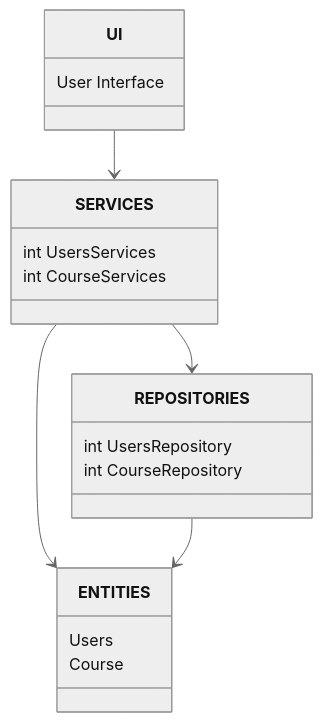
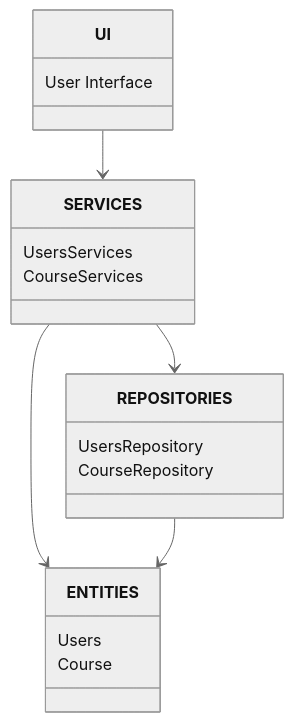
Before and after one commit to hhuuskon/ohte-harjoitustyo: the first of 6 diagrams in SeuraaOpintojasi/dokumentaatio/arkkitehtuurikuvaus.md, drawn with Mermaid (neutral theme). The commit also changed other lines of this file, not shown here.

````diff
--- a/SeuraaOpintojasi/dokumentaatio/arkkitehtuurikuvaus.md
+++ b/SeuraaOpintojasi/dokumentaatio/arkkitehtuurikuvaus.md
@@ -10,14 +11,14 @@
 ```mermaid
 classDiagram
 UI --> SERVICES
 SERVICES --> REPOSITORIES
 SERVICES --> ENTITIES
 REPOSITORIES --> ENTITIES
 UI : User Interface
-SERVICES : int UsersServices
-SERVICES : int CourseServices
-REPOSITORIES : int UsersRepository
-REPOSITORIES : int CourseRepository
+SERVICES : UsersServices
+SERVICES : CourseServices
+REPOSITORIES : UsersRepository
+REPOSITORIES : CourseRepository
 ENTITIES : Users
 ENTITIES : Course
 ```
````
